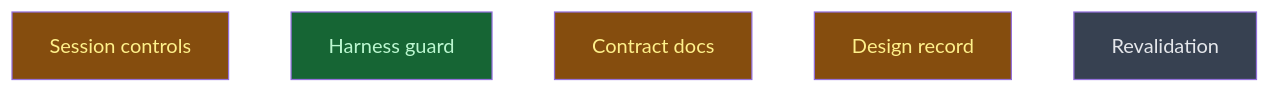
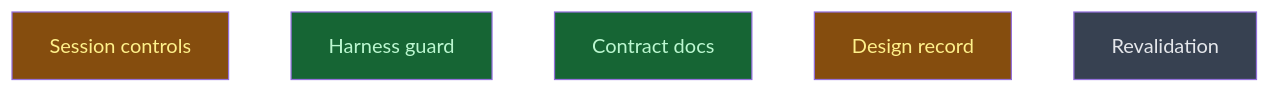
Before and after one commit to CrackingShells/Candler: the diagram in __roadmap__/m4-session-runner/traits/core/runs/closeout/README.md, drawn with Mermaid. The commit also changed other lines of this file, not shown here.

Commit message:
rdm(runner): mark contract_docs done
The verifier found no false cell; its one misleading Note was corrected
before the merge.

````diff
--- a/__roadmap__/m4-session-runner/traits/core/runs/closeout/README.md
+++ b/__roadmap__/m4-session-runner/traits/core/runs/closeout/README.md
@@ -17,13 +17,13 @@
 ```mermaid
 graph TD
     session_controls[Session controls]:::inprogress
     harness_guard[Harness guard]:::done
-    contract_docs[Contract docs]:::inprogress
+    contract_docs[Contract docs]:::done
     design_record[Design record]:::inprogress
     revalidation[Revalidation]:::planned
     classDef done       fill:#166534,color:#bbf7d0
     classDef inprogress fill:#854d0e,color:#fef08a
     classDef planned    fill:#374151,color:#e5e7eb
     classDef amendment  fill:#1e3a5f,color:#bfdbfe
     classDef blocked    fill:#7f1d1d,color:#fecaca
 ```
````
